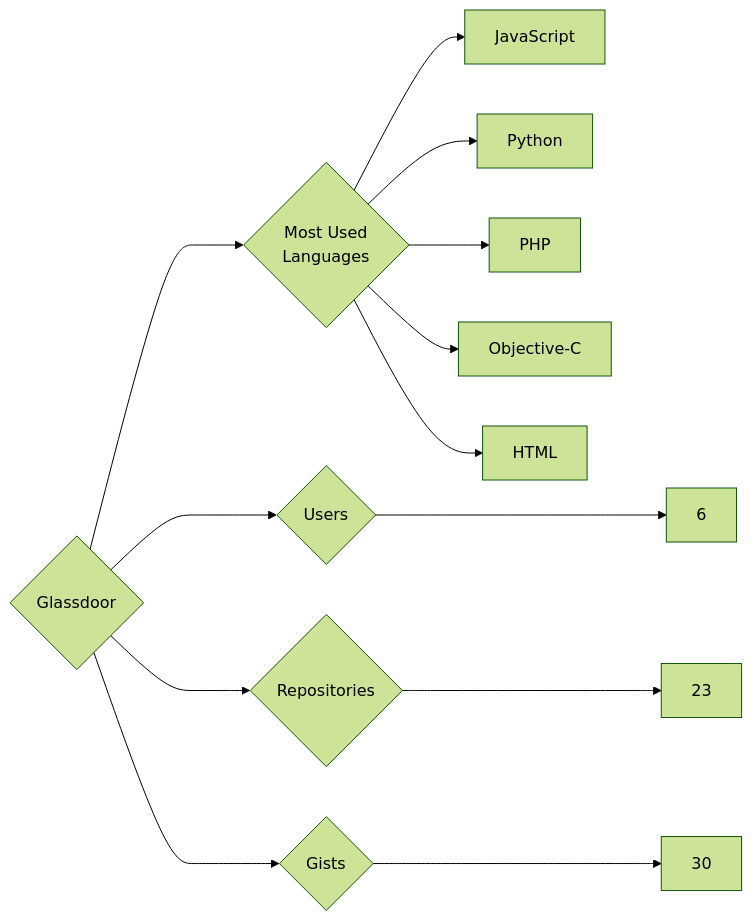
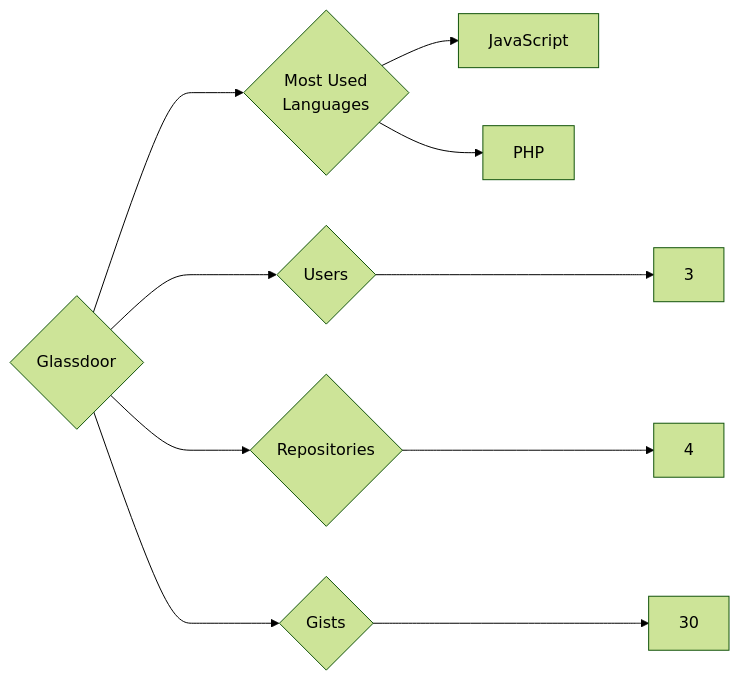
The diagram in targets/Glassdoor/README.md (trickest/insiders), drawn with Mermaid (forest theme) before and after one commit. The commit also changed 1084 other files, not shown here.

````diff
--- a/targets/Glassdoor/README.md
+++ b/targets/Glassdoor/README.md
@@ -3,13 +3,10 @@
 ```mermaid
 graph LR
 COMPANY_NAME{Glassdoor}
-COMPANY_NAME ---> U{Users} ---> UN[6]
-COMPANY_NAME ---> R{Repositories} ---> RN[23]
+COMPANY_NAME ---> U{Users} ---> UN[3]
+COMPANY_NAME ---> R{Repositories} ---> RN[4]
 COMPANY_NAME ---> G{Gists} ---> GN[30]
 COMPANY_NAME ---> ML{Most Used<br>Languages}
 ML --> JavaScript[JavaScript]
-ML --> Python[Python]
 ML --> PHP[PHP]
-ML --> Objective-C[Objective-C]
-ML --> HTML[HTML]
 ```
````
